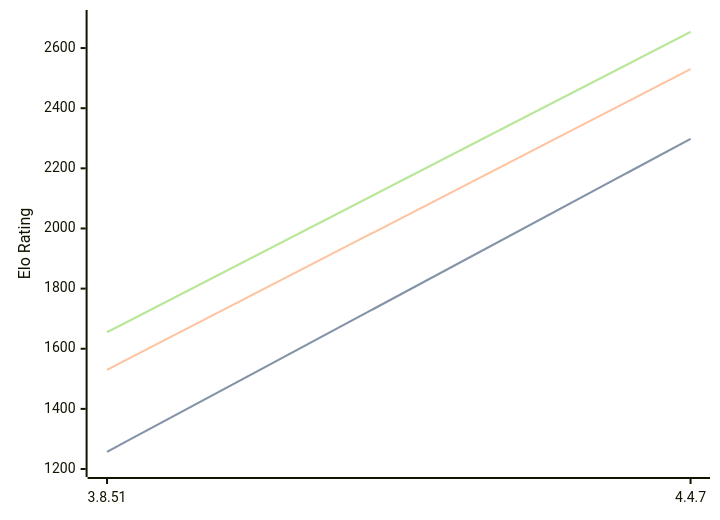
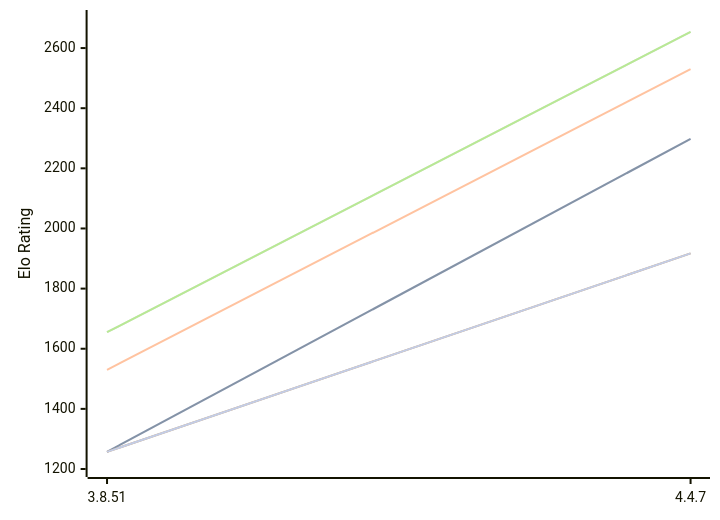
One commit to computer-chess-index/cci changed the diagram in engines/Scoria.md. Above: the diagram before and after it, drawn with Mermaid. The commit also changed other lines of this file, not shown here.

Commit message:
Update CCI Ratings (ELO VLTC) - 2026-10-11

````diff
--- a/engines/Scoria.md
+++ b/engines/Scoria.md
@@ -48,16 +48,13 @@
 ```mermaid
 %%{init: {"theme":"base","themeVariables":{"seriesColors:['#a3a3a3','#222221','#faa371']}}}%%
 xychart-beta
   x-axis ["3.8.51", "4.4.7"]
   y-axis "Elo Rating" 1200 --> 2700
   line "" [1257, 2298]
   line "T1: STC (8.0+0.08s)" [1257, 2298]
   line "T1: LTC (60.0+0.60s)" [1530, 2530]
   line "" [1655, 2654]
   line "T1: VLTC (2m24s+1.12s)" [1655, 2654]
-  line "" [1910]
-  line "E1: STC (8.0+0.08s)" [1910]
-  line "E1: LTC (60.0+0.60s)" [2418]
-  line "" [2579]
-  line "E1: VLTC (2m24s+1.12s)" [2579]
+  line "" [1257,1917]
+  line "E1: STC (8.0+0.08s)" [1257,1917]
 ```
````
